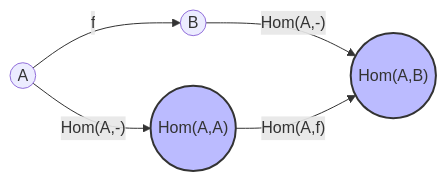
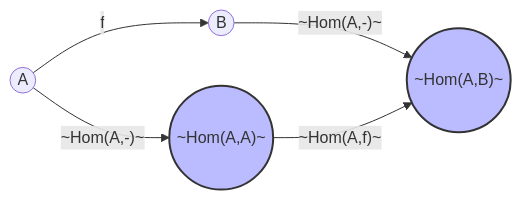
The diagram in docs/diagrams/yoneda-preview.mmd (aygp-dr/strange-loop-cat), drawn with Mermaid before and after one commit. The commit also changed 9 other files, not shown here.

```diff
--- a/docs/diagrams/yoneda-preview.mmd
+++ b/docs/diagrams/yoneda-preview.mmd
@@ -1,9 +1,9 @@
 graph LR
     A((A)) --> |f| B((B))
-    B --> |"Hom(A,-)"| HomAB(("Hom(A,B)"))
-    A --> |"Hom(A,-)"| HomAA(("Hom(A,A)"))
+    B --> |"~Hom(A,-)~"| HomAB(("~Hom(A,B)~"))
+    A --> |"~Hom(A,-)~"| HomAA(("~Hom(A,A)~"))
     
-    HomAA --> |"Hom(A,f)"| HomAB
+    HomAA --> |"~Hom(A,f)~"| HomAB
     
     style HomAA fill:#bbf,stroke:#333,stroke-width:2px
     style HomAB fill:#bbf,stroke:#333,stroke-width:2px
```
